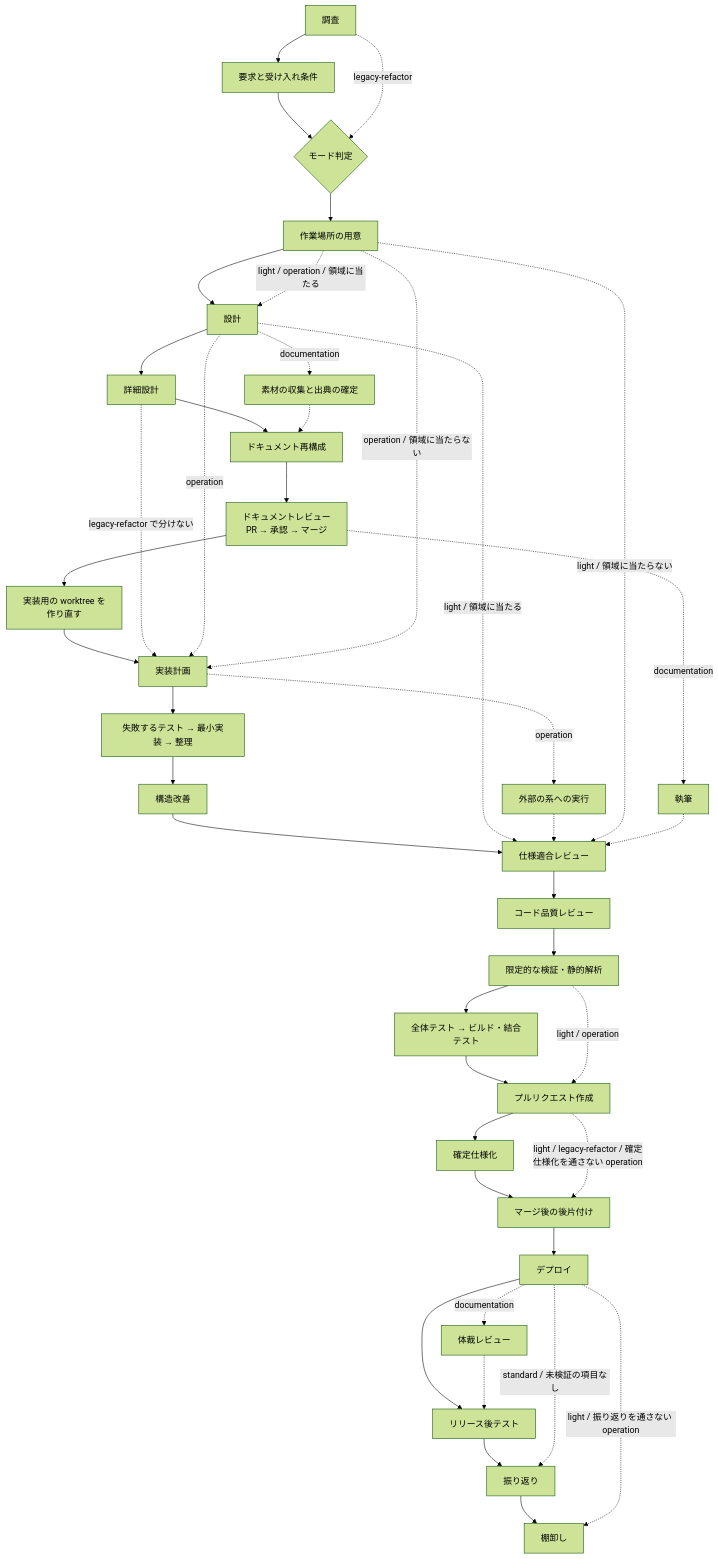
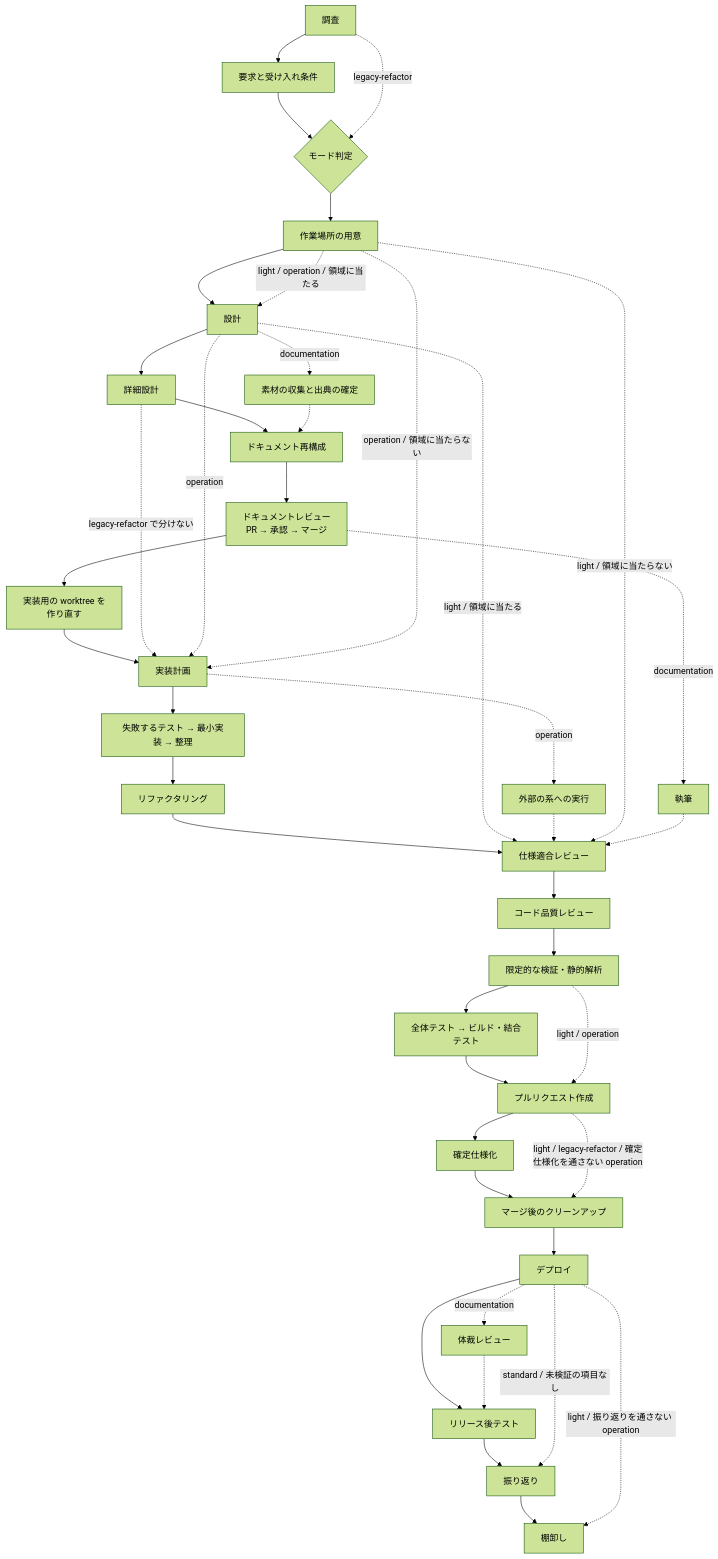
The diagram in plugins/ndf/skills/development-workflow/references/workflow-modes.md (devbasex/ai-plugins), drawn with Mermaid (forest theme) before and after one commit. The commit also changed other lines of this file and 3010 other files, not shown here.

````diff
--- a/plugins/ndf/skills/development-workflow/references/workflow-modes.md
+++ b/plugins/ndf/skills/development-workflow/references/workflow-modes.md
@@ -92,43 +92,43 @@
 ```mermaid
 flowchart TD
     A[調査] --> B[要求と受け入れ条件]
     B --> D{モード判定}
     D --> S[作業場所の用意]
     S --> C[設計]
     C --> DD[詳細設計]
     DD --> DR[ドキュメント再構成]
     DR --> F[ドキュメントレビュー<br/>PR → 承認 → マージ]
     F --> W[実装用の worktree を<br/>作り直す]
     W --> G[実装計画]
     G --> H[失敗するテスト → 最小実装 → 整理]
-    H --> R[構造改善]
+    H --> R[リファクタリング]
     R --> I[仕様適合レビュー]
     I --> J[コード品質レビュー]
     J --> K[限定的な検証・静的解析]
     K --> N[全体テスト → ビルド・結合テスト]
     N --> L[プルリクエスト作成]
     L --> M[確定仕様化]
-    M --> P[マージ後の後片付け]
+    M --> P[マージ後のクリーンアップ]
     P --> RL[デプロイ]
     RL --> Q[リリース後テスト]
     Q --> T[振り返り] --> BR[棚卸し]
     RL -.->|standard / 未検証の項目なし| T
     A -.->|legacy-refactor| D
     DD -.->|"legacy-refactor で分けない"| G
     C -.->|operation| G
     C -.->|"light / 領域に当たる"| I
     S -.->|"operation / 領域に当たらない"| G
     S -.->|"light / operation / 領域に当たる"| C
     G -.->|operation| X[外部の系への実行]
     X -.-> I
     S -.->|"light / 領域に当たらない"| I
     K -.->|light / operation| L
     L -.->|light / legacy-refactor / 確定仕様化を通さない operation| P
     RL -.->|light / 振り返りを通さない operation| BR
     C -.->|documentation| SR[素材の収集と出典の確定]
     SR -.-> DR
     F -.->|documentation| DW[執筆]
     DW -.-> I
     RL -.->|documentation| LR[体裁レビュー]
     LR -.-> Q
 ```
````
